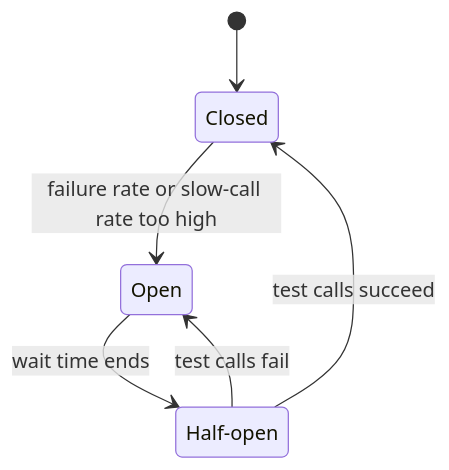
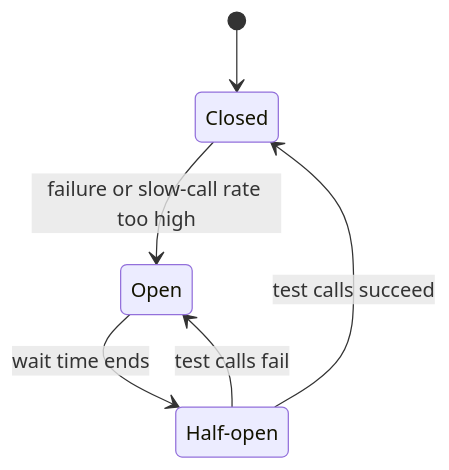
Before and after one commit to jubin-techwiz/learning: the second of 2 diagrams in notes/01-resilience/05-circuit-breaker.md, drawn with Mermaid. The commit also changed other lines of this file and 11 other files, not shown here.

````diff
--- a/notes/01-resilience/05-circuit-breaker.md
+++ b/notes/01-resilience/05-circuit-breaker.md
@@ -50,9 +38,9 @@
 ```mermaid
 stateDiagram-v2
     [*] --> Closed
-    Closed --> Open: failure rate or slow-call rate too high
+    Closed --> Open: failure or slow-call rate too high
     Open --> HalfOpen: wait time ends
     HalfOpen --> Closed: test calls succeed
     HalfOpen --> Open: test calls fail
     state "Half-open" as HalfOpen
 ```
````
